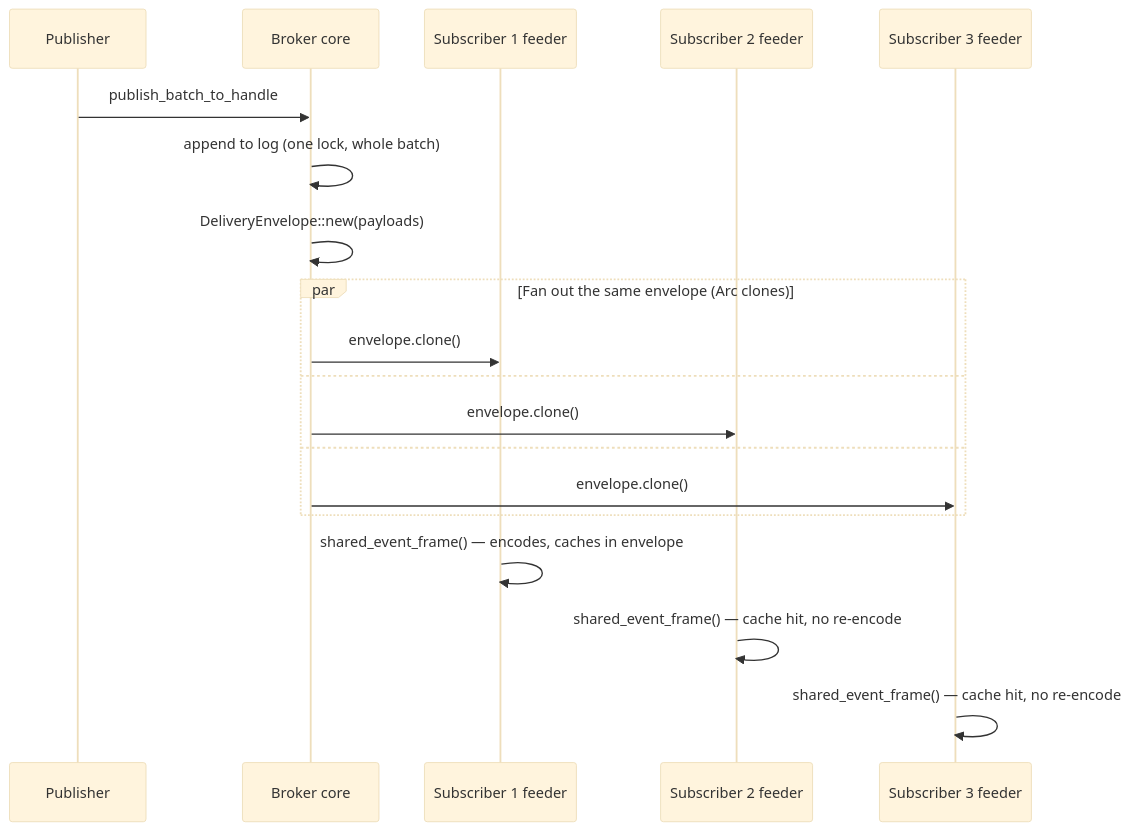
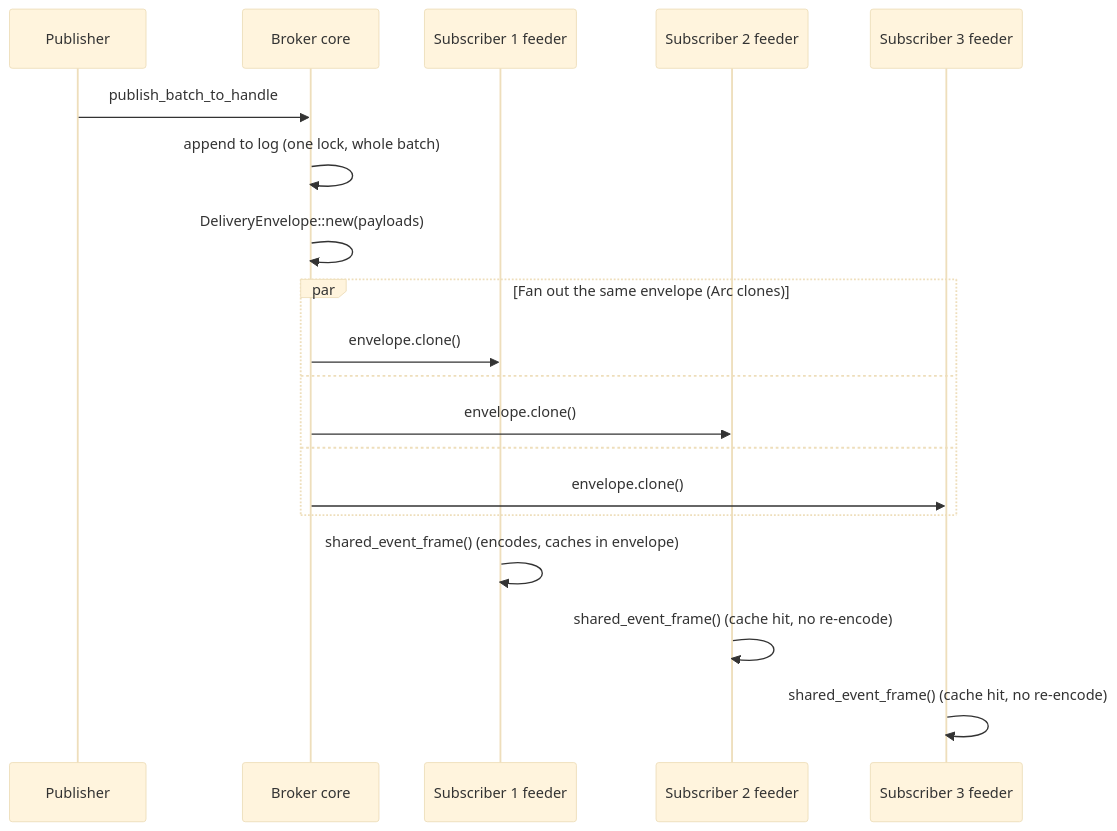
The fourth of 8 diagrams in docs-site/src/content/docs/architecture/components.md (GetFelix/felix), drawn with Mermaid (base theme) before and after one commit. The commit also changed other lines of this file and 30 other files, not shown here.

````diff
--- a/docs-site/src/content/docs/architecture/components.md
+++ b/docs-site/src/content/docs/architecture/components.md
@@ -284,22 +281,22 @@
 ```mermaid
 sequenceDiagram
     participant P as Publisher
     participant B as Broker core
     participant S1 as Subscriber 1 feeder
     participant S2 as Subscriber 2 feeder
     participant S3 as Subscriber 3 feeder
 
     P->>B: publish_batch_to_handle
     B->>B: append to log (one lock, whole batch)
     B->>B: DeliveryEnvelope::new(payloads)
     par Fan out the same envelope (Arc clones)
         B->>S1: envelope.clone()
     and
         B->>S2: envelope.clone()
     and
         B->>S3: envelope.clone()
     end
-    S1->>S1: shared_event_frame() — encodes, caches in envelope
-    S2->>S2: shared_event_frame() — cache hit, no re-encode
-    S3->>S3: shared_event_frame() — cache hit, no re-encode
+    S1->>S1: shared_event_frame() (encodes, caches in envelope)
+    S2->>S2: shared_event_frame() (cache hit, no re-encode)
+    S3->>S3: shared_event_frame() (cache hit, no re-encode)
 ```
````
